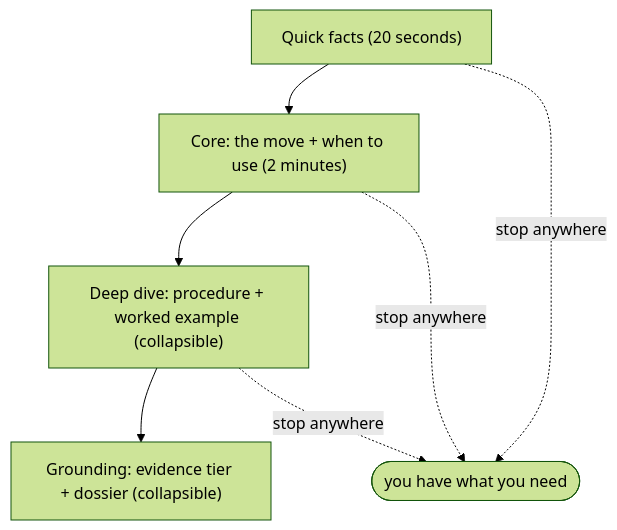
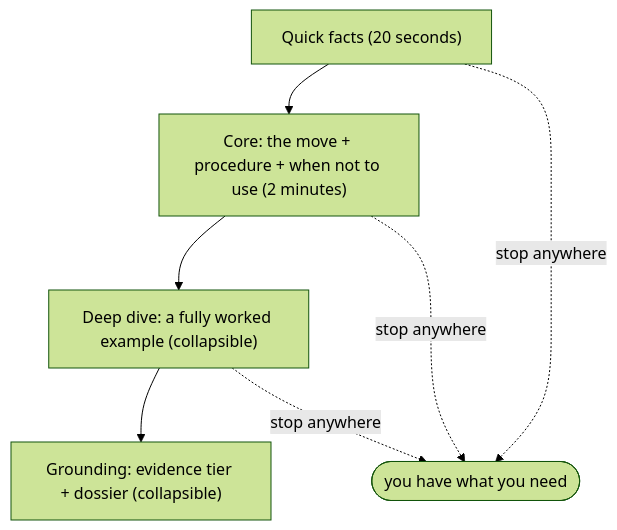
One commit to product-on-purpose/thinking-framework-skills changed the diagram in site/src/content/docs/start/how-to-read-a-page.mdx. Above: the diagram before and after it, drawn with Mermaid (forest theme). The commit also changed 5 other files, not shown here.

First line of the commit message:
fix(diagrams): resolve codex adversarial-review findings (Plan 4 fix pass)

````diff
--- a/site/src/content/docs/start/how-to-read-a-page.mdx
+++ b/site/src/content/docs/start/how-to-read-a-page.mdx
@@ -24,9 +24,9 @@
 ```mermaid
 flowchart TD
-  L1["Quick facts (20 seconds)"] --> L2["Core: the move + when to use (2 minutes)"]
-  L2 --> L3["Deep dive: procedure + worked example (collapsible)"]
+  L1["Quick facts (20 seconds)"] --> L2["Core: the move + procedure + when not to use (2 minutes)"]
+  L2 --> L3["Deep dive: a fully worked example (collapsible)"]
   L3 --> L4["Grounding: evidence tier + dossier (collapsible)"]
   L1 -. "stop anywhere" .-> done(["you have what you need"])
   L2 -. "stop anywhere" .-> done
   L3 -. "stop anywhere" .-> done
 ```
````
